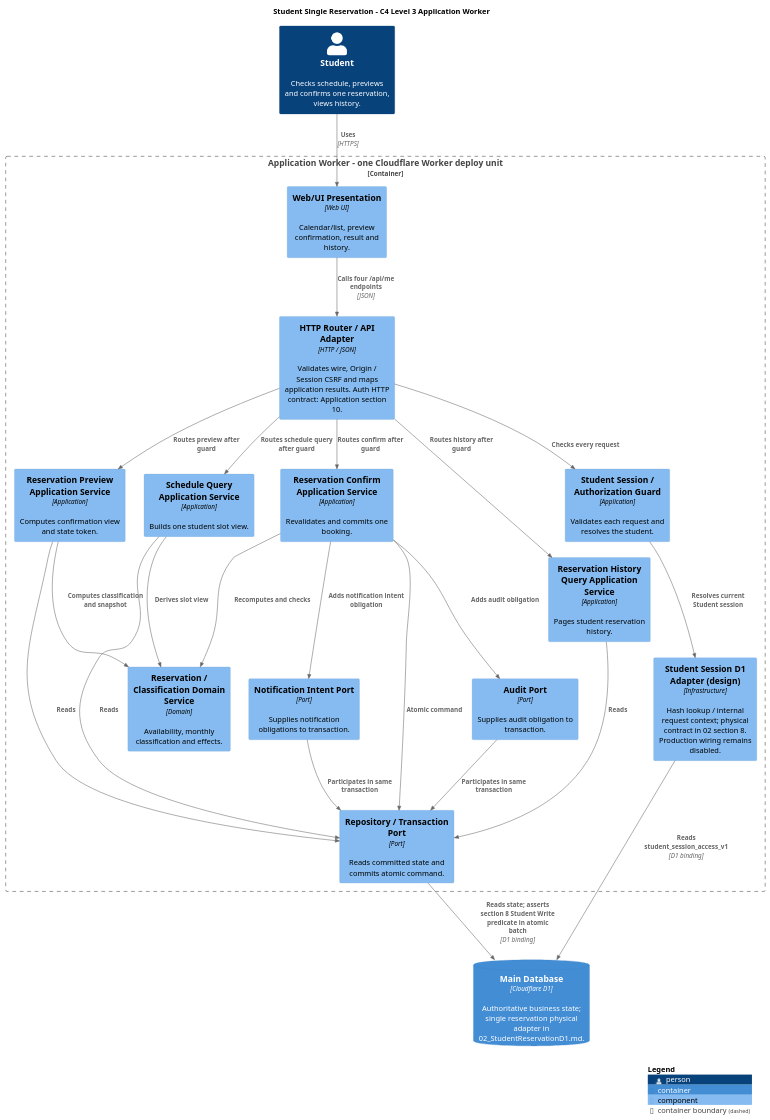
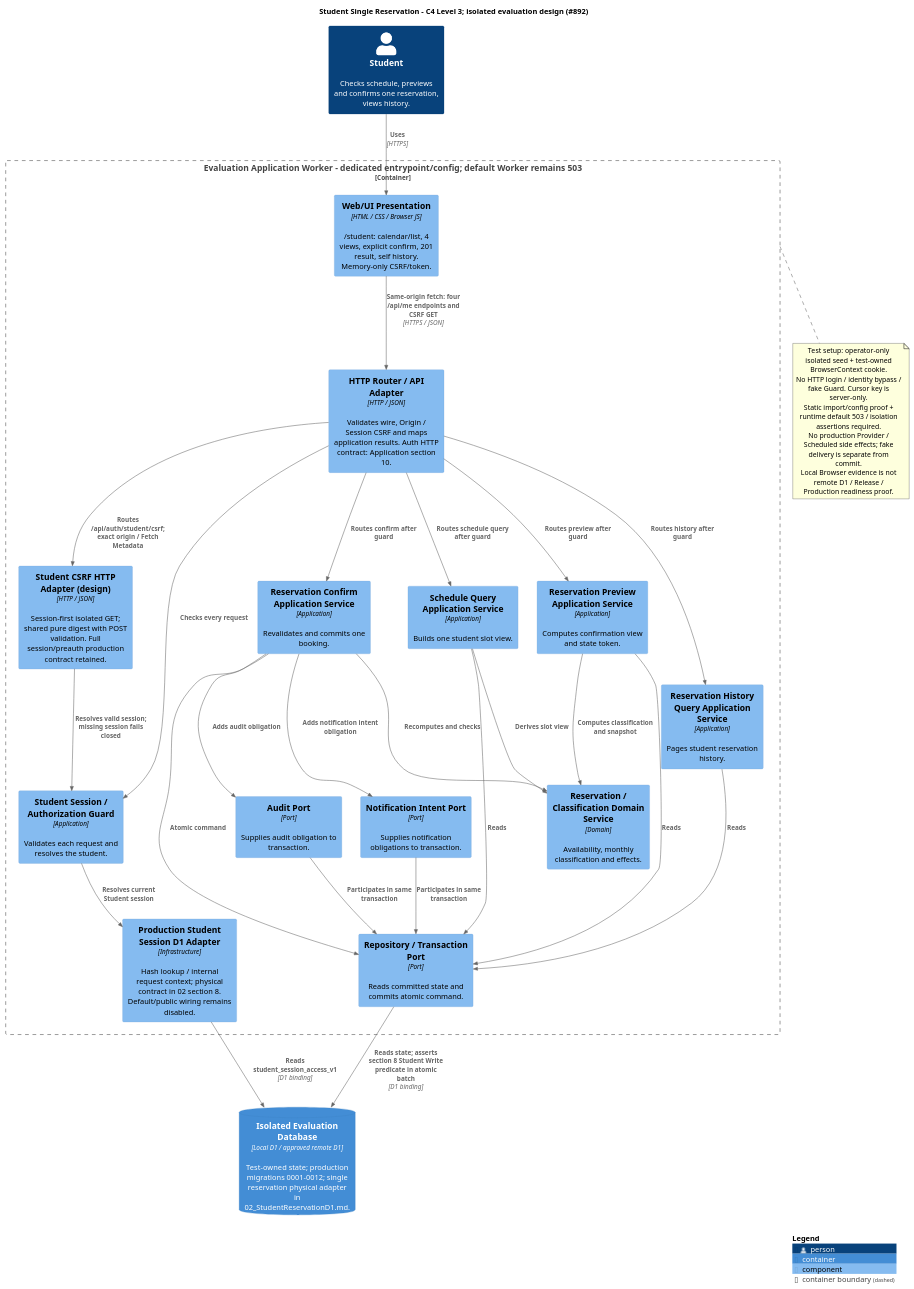
Before and after one commit to suzukure/nssscdl: the diagram in docs/diagrams/plantuml/c4-student-reservation-components.puml, drawn with PlantUML. The commit also changed 6 other files, not shown here.

First line of the commit message:
[詳細設計] #608最小Web UI・Session/CSRF・隔離評価composition境界を確定する (#893)

```diff
--- a/docs/diagrams/plantuml/c4-student-reservation-components.puml
+++ b/docs/diagrams/plantuml/c4-student-reservation-components.puml
@@ -1,48 +1,59 @@
 @startuml
 !include <C4/C4_Component>
 
 LAYOUT_WITH_LEGEND()
-title Student Single Reservation - C4 Level 3 Application Worker
+title Student Single Reservation - C4 Level 3; isolated evaluation design (#892)
 
 Person(student, "Student", "Checks schedule, previews and confirms one reservation, views history.")
-ContainerDb(db, "Main Database", "Cloudflare D1", "Authoritative business state; single reservation physical adapter in 02_StudentReservationD1.md.")
+ContainerDb(db, "Isolated Evaluation Database", "Local D1 / approved remote D1", "Test-owned state; production migrations 0001-0012; single reservation physical adapter in 02_StudentReservationD1.md.")
 
-Container_Boundary(worker, "Application Worker - one Cloudflare Worker deploy unit") {
-  Component(ui, "Web/UI Presentation", "Web UI", "Calendar/list, preview confirmation, result and history.")
+Container_Boundary(worker, "Evaluation Application Worker - dedicated entrypoint/config; default Worker remains 503") {
+  Component(ui, "Web/UI Presentation", "HTML / CSS / Browser JS", "/student: calendar/list, 4 views, explicit confirm, 201 result, self history. Memory-only CSRF/token.")
   Component(router, "HTTP Router / API Adapter", "HTTP / JSON", "Validates wire, Origin / Session CSRF and maps application results. Auth HTTP contract: Application section 10.")
+  Component(csrf, "Student CSRF HTTP Adapter (design)", "HTTP / JSON", "Session-first isolated GET; shared pure digest with POST validation. Full session/preauth production contract retained.")
   Component(guard, "Student Session / Authorization Guard", "Application", "Validates each request and resolves the student.")
-  Component(authrepo, "Student Session D1 Adapter (design)", "Infrastructure", "Hash lookup / internal request context; physical contract in 02 section 8. Production wiring remains disabled.")
+  Component(authrepo, "Production Student Session D1 Adapter", "Infrastructure", "Hash lookup / internal request context; physical contract in 02 section 8. Default/public wiring remains disabled.")
   Component(schedule, "Schedule Query Application Service", "Application", "Builds one student slot view.")
   Component(preview, "Reservation Preview Application Service", "Application", "Computes confirmation view and state token.")
   Component(confirm, "Reservation Confirm Application Service", "Application", "Revalidates and commits one booking.")
   Component(history, "Reservation History Query Application Service", "Application", "Pages student reservation history.")
   Component(domain, "Reservation / Classification Domain Service", "Domain", "Availability, monthly classification and effects.")
   Component(repo, "Repository / Transaction Port", "Port", "Reads committed state and commits atomic command.")
   Component(audit, "Audit Port", "Port", "Supplies audit obligation to transaction.")
   Component(intent, "Notification Intent Port", "Port", "Supplies notification obligations to transaction.")
 }
 
 Rel(student, ui, "Uses", "HTTPS")
-Rel(ui, router, "Calls four /api/me endpoints", "JSON")
+Rel(ui, router, "Same-origin fetch: four /api/me endpoints and CSRF GET", "HTTPS / JSON")
+Rel(router, csrf, "Routes /api/auth/student/csrf; exact origin / Fetch Metadata")
+Rel(csrf, guard, "Resolves valid session; missing session fails closed")
 Rel(router, guard, "Checks every request")
 Rel(guard, authrepo, "Resolves current Student session")
 Rel(authrepo, db, "Reads student_session_access_v1", "D1 binding")
 Rel(router, schedule, "Routes schedule query after guard")
 Rel(router, preview, "Routes preview after guard")
 Rel(router, confirm, "Routes confirm after guard")
 Rel(router, history, "Routes history after guard")
 Rel(schedule, domain, "Derives slot view")
 Rel(preview, domain, "Computes classification and snapshot")
 Rel(confirm, domain, "Recomputes and checks")
 Rel(schedule, repo, "Reads")
 Rel(preview, repo, "Reads")
 Rel(confirm, repo, "Atomic command")
 Rel(history, repo, "Reads")
 Rel(confirm, audit, "Adds audit obligation")
 Rel(confirm, intent, "Adds notification intent obligation")
 Rel(repo, db, "Reads state; asserts section 8 Student Write predicate in atomic batch", "D1 binding")
 Rel(audit, repo, "Participates in same transaction")
 Rel(intent, repo, "Participates in same transaction")
 
+note bottom of worker
+  Test setup: operator-only isolated seed + test-owned BrowserContext cookie.
+  No HTTP login / identity bypass / fake Guard. Cursor key is server-only.
+  Static import/config proof + runtime default 503 / isolation assertions required.
+  No production Provider / Scheduled side effects; fake delivery is separate from commit.
+  Local Browser evidence is not remote D1 / Release / Production readiness proof.
+end note
+
 SHOW_LEGEND()
 @enduml
```
